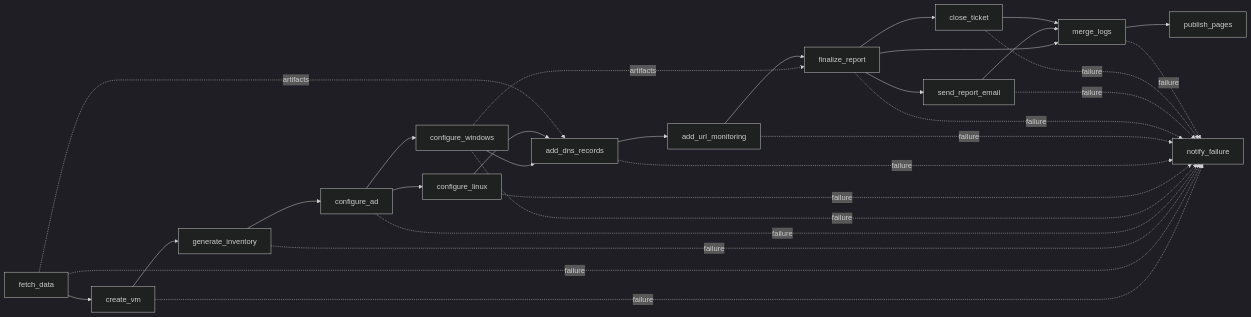
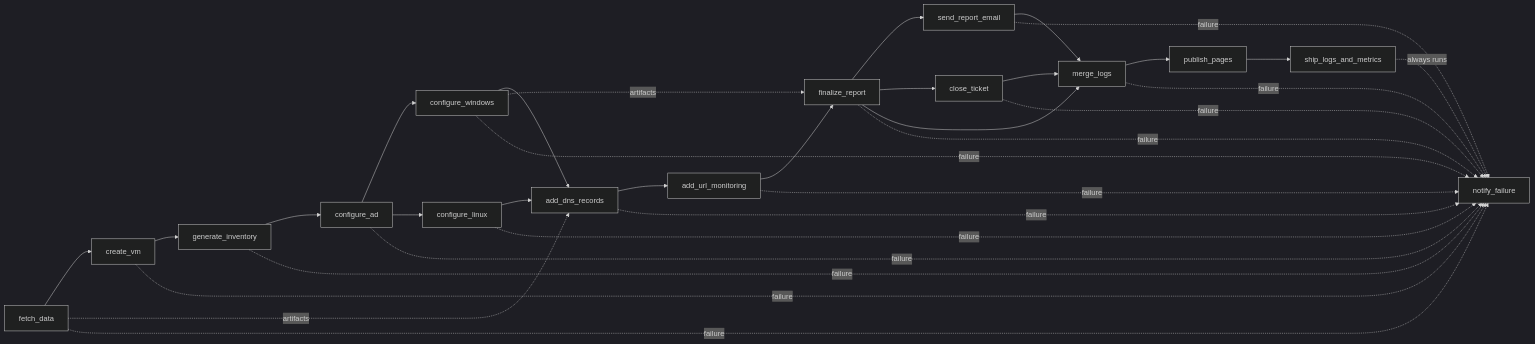
The second of 2 diagrams in README.md (sina-zare/VM-Creation-Automation), drawn with Mermaid (dark theme) before and after one commit. The commit also changed other lines of this file and 21 other files, not shown here.

````diff
--- a/README.md
+++ b/README.md
@@ -112,59 +128,63 @@
 ```mermaid
 flowchart LR
 
     F[fetch_data]
     C[create_vm]
     G[generate_inventory]
     AD[configure_ad]
     W[configure_windows]
     L[configure_linux]
     D[add_dns_records]
     Z[add_url_monitoring]
 
     R[finalize_report]
     E[send_report_email]
     X[close_ticket]
     M[merge_logs]
     P[publish_pages]
 
+    S[ship_logs_and_metrics]
     N[notify_failure]
 
     F --> C
     C --> G
     G --> AD
 
     AD --> W
     AD --> L
 
     W --> D
     L --> D
 
     F -. artifacts .-> D
 
     D --> Z
 
     W -. artifacts .-> R
     Z --> R
 
     R --> E
     R --> X
     R --> M
 
     E --> M
     X --> M
 
     M --> P
 
+    P --> S
+    S -. always runs .-> N
+
     C -. failure .-> N
     F -. failure .-> N
     G -. failure .-> N
     AD -. failure .-> N
     W -. failure .-> N
     L -. failure .-> N
     D -. failure .-> N
     Z -. failure .-> N
     R -. failure .-> N
     E -. failure .-> N
     X -. failure .-> N
     M -. failure .-> N
 ```
````
